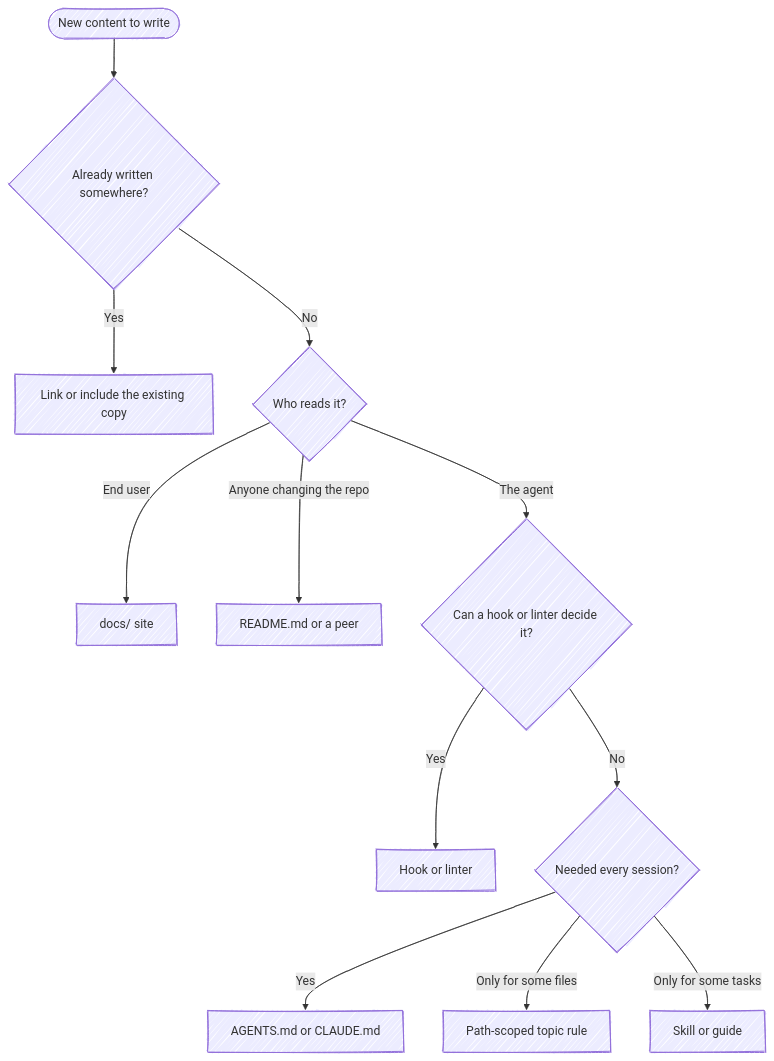
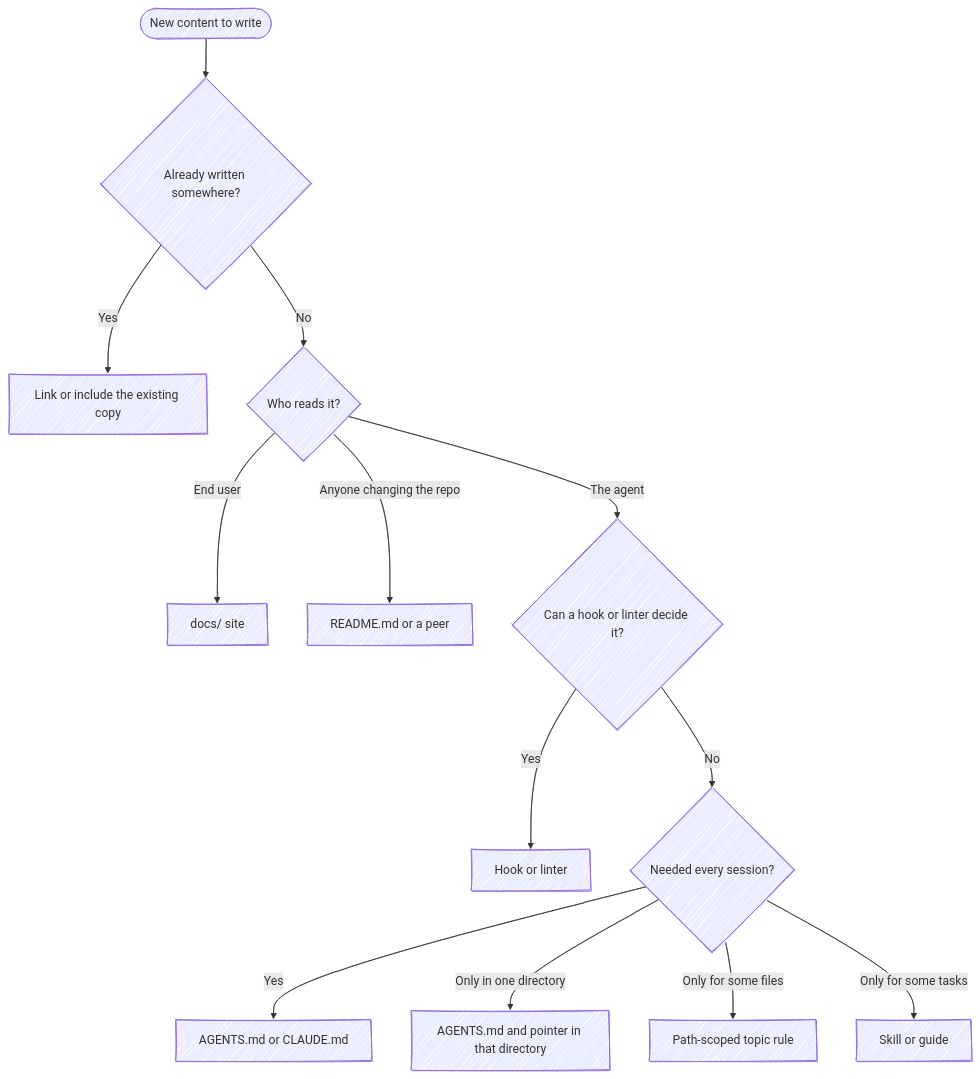
One commit to chris-peterson/cleat changed the first of 2 diagrams in guides/placement.md. Above: the diagram before and after it, drawn with Mermaid. The commit also changed other lines of this file and 11 other files, not shown here.

First line of the commit message:
Report nested AGENTS.md files Claude Code skips

````diff
--- a/guides/placement.md
+++ b/guides/placement.md
@@ -10,15 +10,16 @@
 ```mermaid
 %%{ init: { 'look': 'handDrawn' } }%%
 flowchart TD
     Start([New content to write]) --> Dup{Already written somewhere?}
     Dup -->|Yes| Link[Link or include the existing copy]
     Dup -->|No| Who{Who reads it?}
     Who -->|End user| Docs[docs/ site]
     Who -->|Anyone changing the repo| Readme[README.md or a peer]
     Who -->|The agent| Gate{Can a hook or linter decide it?}
     Gate -->|Yes| Hook[Hook or linter]
     Gate -->|No| When{Needed every session?}
     When -->|Yes| Agents[AGENTS.md or CLAUDE.md]
+    When -->|Only in one directory| Nested[AGENTS.md and pointer in that directory]
     When -->|Only for some files| Rule[Path-scoped topic rule]
     When -->|Only for some tasks| Skill[Skill or guide]
 ```
````
